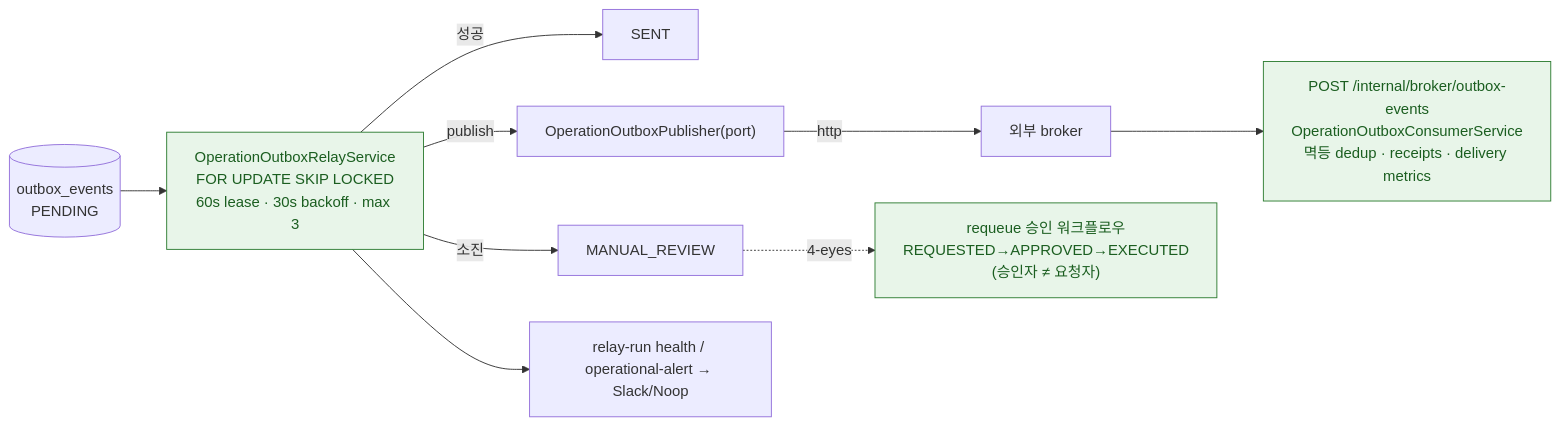
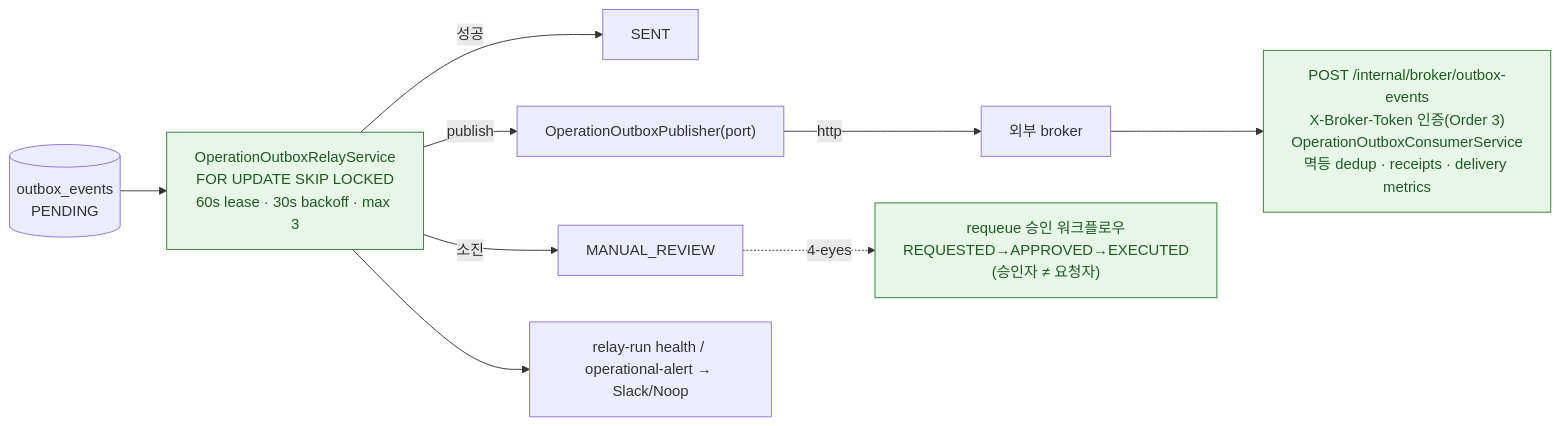
One commit to IMWoo94/ai-repo changed the third of 4 diagrams in docs/ARCHITECTURE.md. Above: the diagram before and after it, drawn with Mermaid. The commit also changed other lines of this file and 6 other files, not shown here.

````diff
--- a/docs/ARCHITECTURE.md
+++ b/docs/ARCHITECTURE.md
@@ -66,14 +66,14 @@
 ```mermaid
 flowchart LR
     OUT[("outbox_events<br/>PENDING")] --> RELAY["OperationOutboxRelayService<br/>FOR UPDATE SKIP LOCKED<br/>60s lease · 30s backoff · max 3"]
     RELAY -->|성공| SENT["SENT"]
     RELAY -->|소진| MR["MANUAL_REVIEW"]
     RELAY -->|publish| PUB["OperationOutboxPublisher(port)"]
     PUB -->|http| BR["외부 broker"]
-    BR --> CONS["POST /internal/broker/outbox-events<br/>OperationOutboxConsumerService<br/>멱등 dedup · receipts · delivery metrics"]
+    BR --> CONS["POST /internal/broker/outbox-events<br/>X-Broker-Token 인증(Order 3)<br/>OperationOutboxConsumerService<br/>멱등 dedup · receipts · delivery metrics"]
     MR -.4-eyes.-> REQ["requeue 승인 워크플로우<br/>REQUESTED→APPROVED→EXECUTED<br/>(승인자 ≠ 요청자)"]
     RELAY --> HEALTH["relay-run health / operational-alert → Slack/Noop"]
 
     classDef ok fill:#E8F5E9,stroke:#2E7D32,color:#1B5E20;
     class RELAY,CONS,REQ ok;
 ```
````
